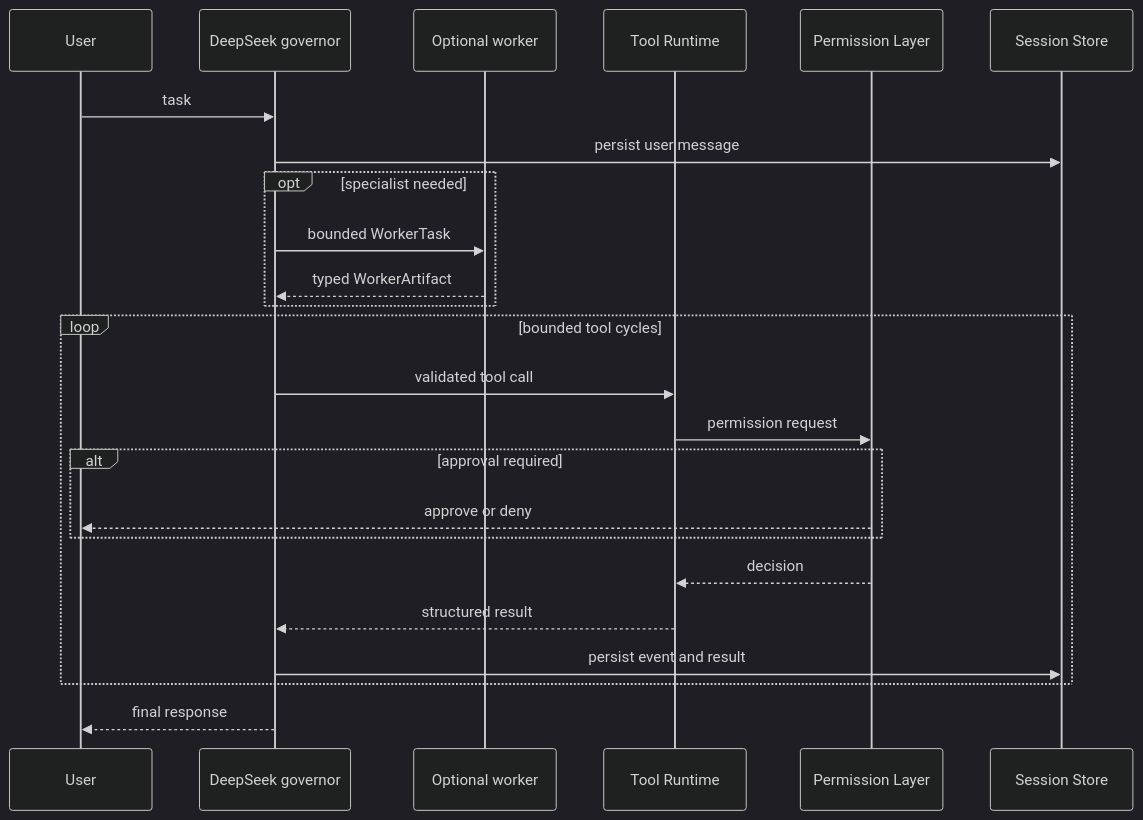
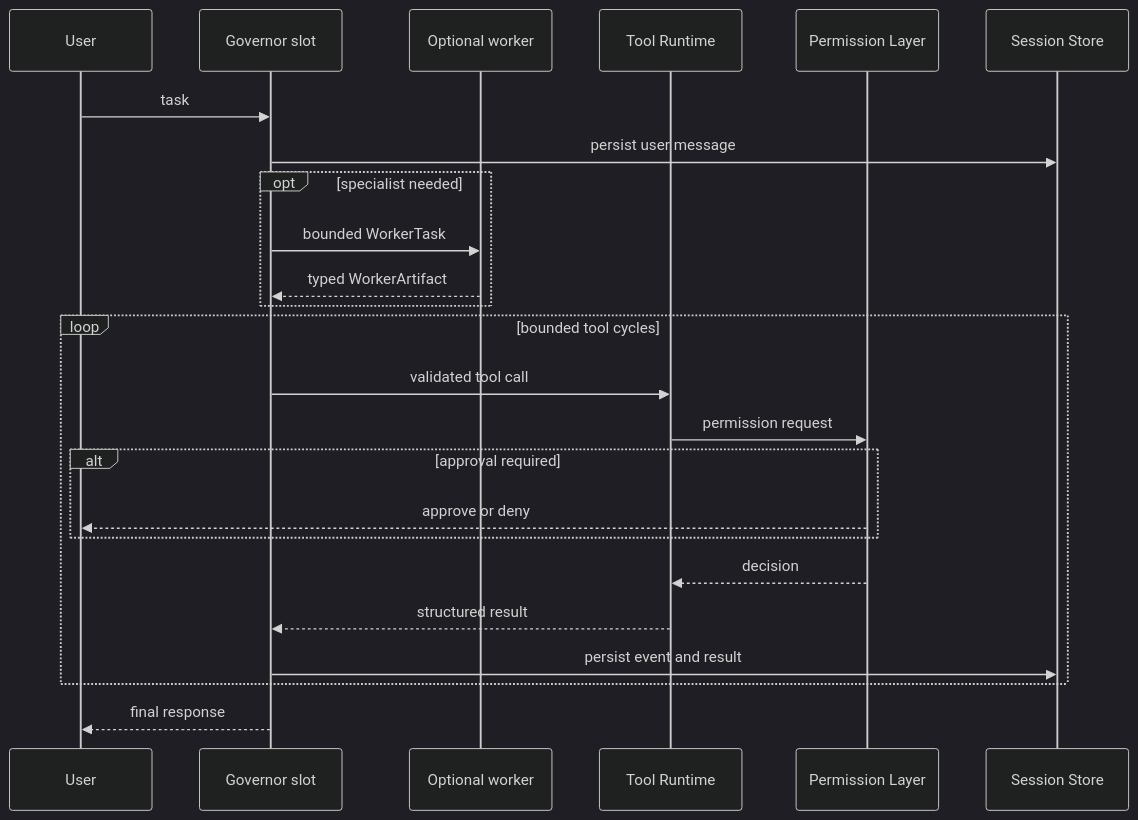
One commit to 1157360333-a11y/deep-mix changed the second of 2 diagrams in docs/deep-mix-architecture.md. Above: the diagram before and after it, drawn with Mermaid (dark theme). The commit also changed other lines of this file and 143 other files, not shown here.

````diff
--- a/docs/deep-mix-architecture.md
+++ b/docs/deep-mix-architecture.md
@@ -84,27 +84,27 @@
 ```mermaid
 sequenceDiagram
     participant U as User
-    participant G as DeepSeek governor
+    participant G as Governor slot
     participant W as Optional worker
     participant T as Tool Runtime
     participant P as Permission Layer
     participant S as Session Store
 
     U->>G: task
     G->>S: persist user message
     opt specialist needed
       G->>W: bounded WorkerTask
       W-->>G: typed WorkerArtifact
     end
     loop bounded tool cycles
       G->>T: validated tool call
       T->>P: permission request
       alt approval required
         P-->>U: approve or deny
       end
       P-->>T: decision
       T-->>G: structured result
       G->>S: persist event and result
     end
     G-->>U: final response
 ```
````
